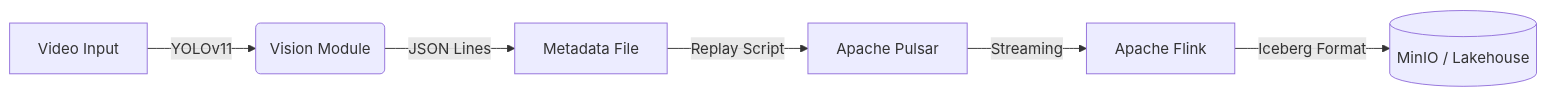
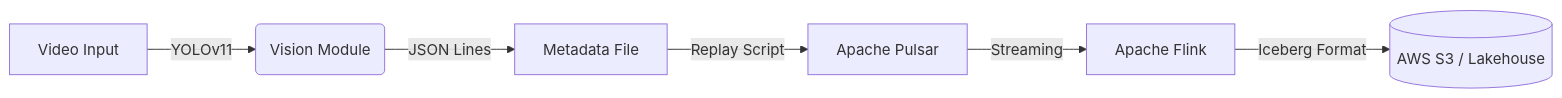
Before and after one commit to hungfnguyen/retail-video-analytics: the diagram in docs/old/data-flow.md, drawn with Mermaid. The commit also changed other lines of this file and 22 other files, not shown here.

Commit message:
docs(storage): update s3 architecture references

````diff
--- a/docs/old/data-flow.md
+++ b/docs/old/data-flow.md
@@ -7,8 +7,8 @@
 ```mermaid
 graph LR
     A[Video Input] -->|YOLOv11| B(Vision Module)
     B -->|JSON Lines| C[Metadata File]
     C -->|Replay Script| D[Apache Pulsar]
     D -->|Streaming| E[Apache Flink]
-    E -->|Iceberg Format| F[(MinIO / Lakehouse)]
+    E -->|Iceberg Format| F[(AWS S3 / Lakehouse)]
 ```
````
